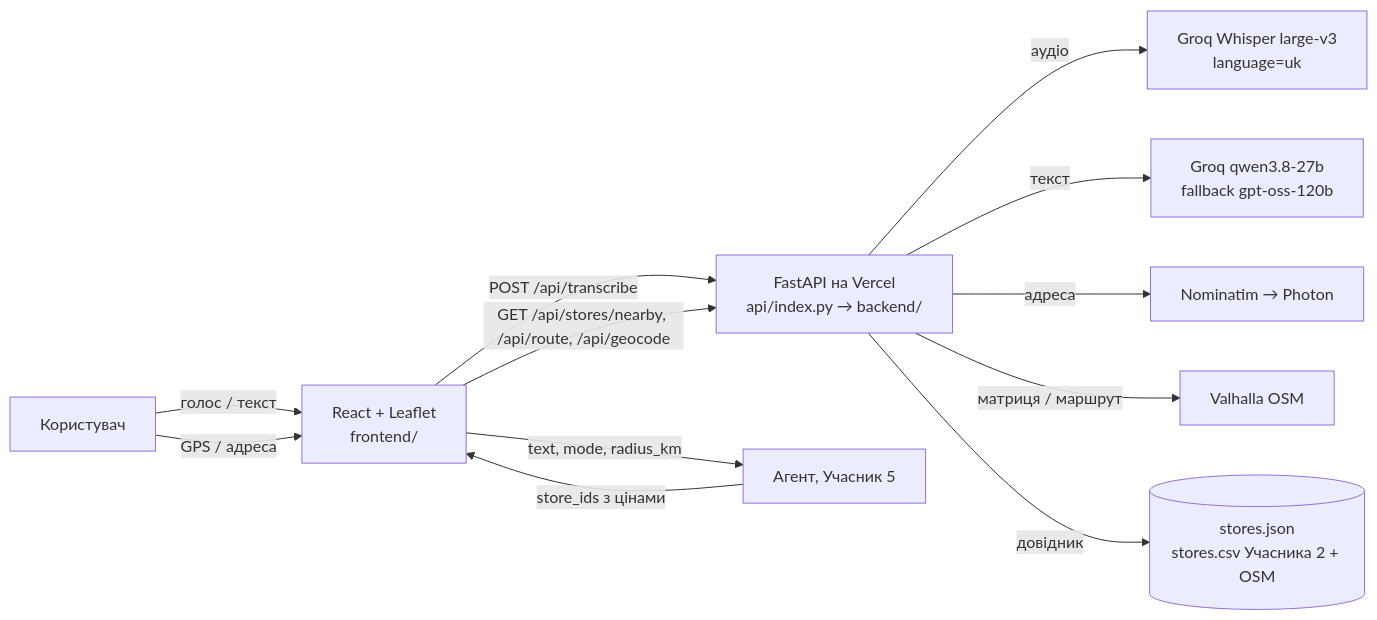
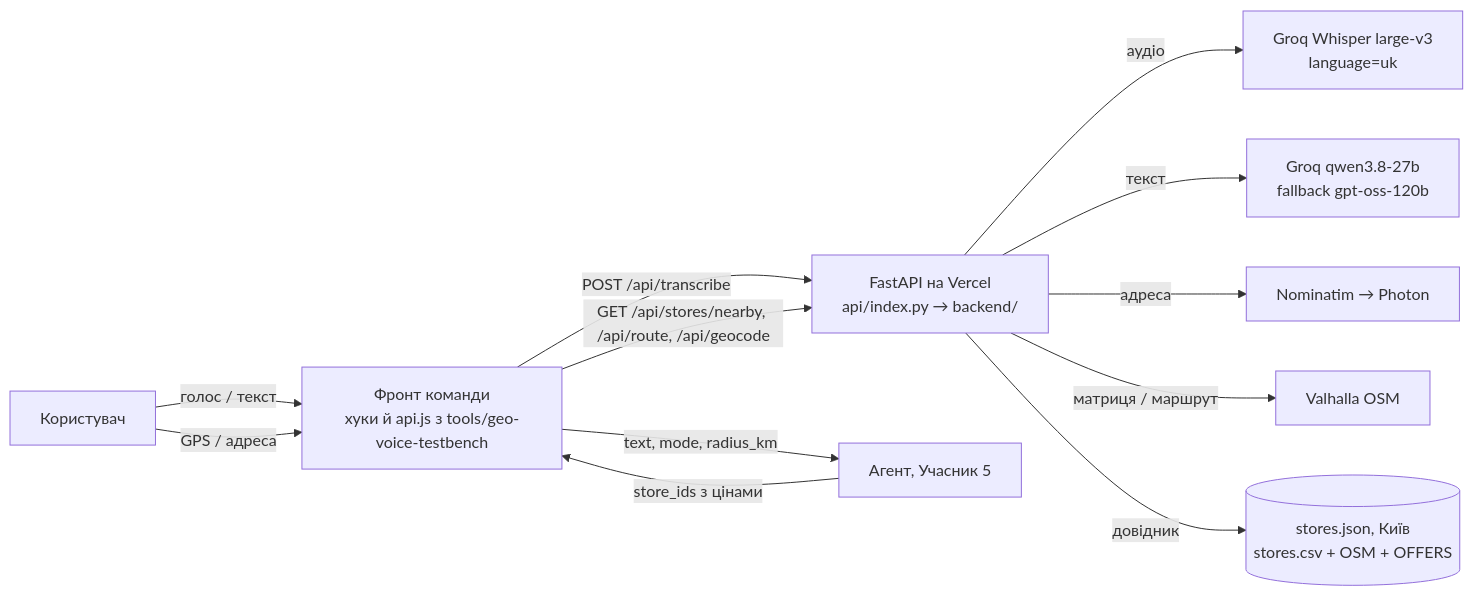
One commit to Monsteroo/hackathon-project_team3 changed the diagram in docs/VOICE_GEO.md. Above: the diagram before and after it, drawn with Mermaid. The commit also changed other lines of this file, not shown here.

Commit message:
docs(voice-geo): Kyiv-only scope, OFFERS-based prices, testbench handoff

````diff
--- a/docs/VOICE_GEO.md
+++ b/docs/VOICE_GEO.md
@@ -8,14 +8,14 @@
 ```mermaid
 flowchart LR
-  U[Користувач] -- голос / текст --> FE[React + Leaflet<br/>frontend/]
+  U[Користувач] -- голос / текст --> FE[Фронт команди<br/>хуки й api.js з tools/geo-voice-testbench]
   U -- GPS / адреса --> FE
   FE -- POST /api/transcribe --> API[FastAPI на Vercel<br/>api/index.py → backend/]
   FE -- GET /api/stores/nearby, /api/route, /api/geocode --> API
   API -- аудіо --> W[Groq Whisper large-v3<br/>language=uk]
   API -- текст --> L[Groq qwen3.8-27b<br/>fallback gpt-oss-120b]
   API -- адреса --> N[Nominatim → Photon]
   API -- матриця / маршрут --> V[Valhalla OSM]
-  API -- довідник --> D[(stores.json<br/>stores.csv Учасника 2 + OSM)]
+  API -- довідник --> D[(stores.json, Київ<br/>stores.csv + OSM + OFFERS)]
   FE -- text, mode, radius_km --> AG[Агент, Учасник 5]
   AG -- store_ids з цінами --> FE
 ```
````
